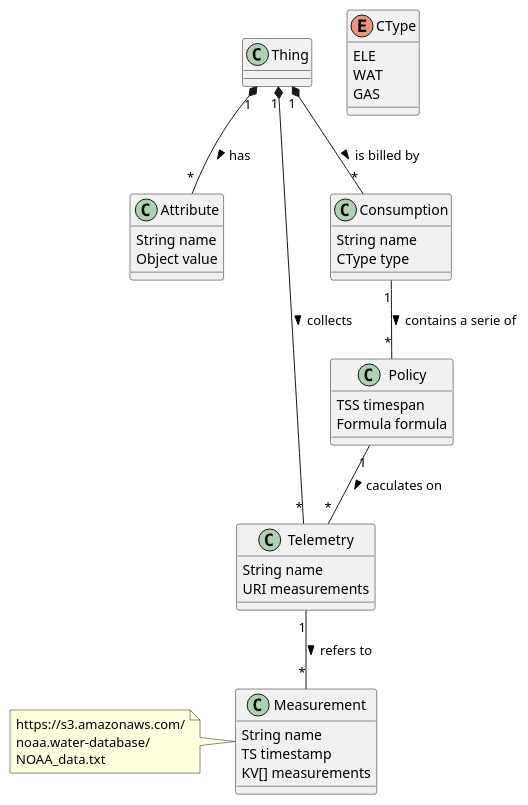
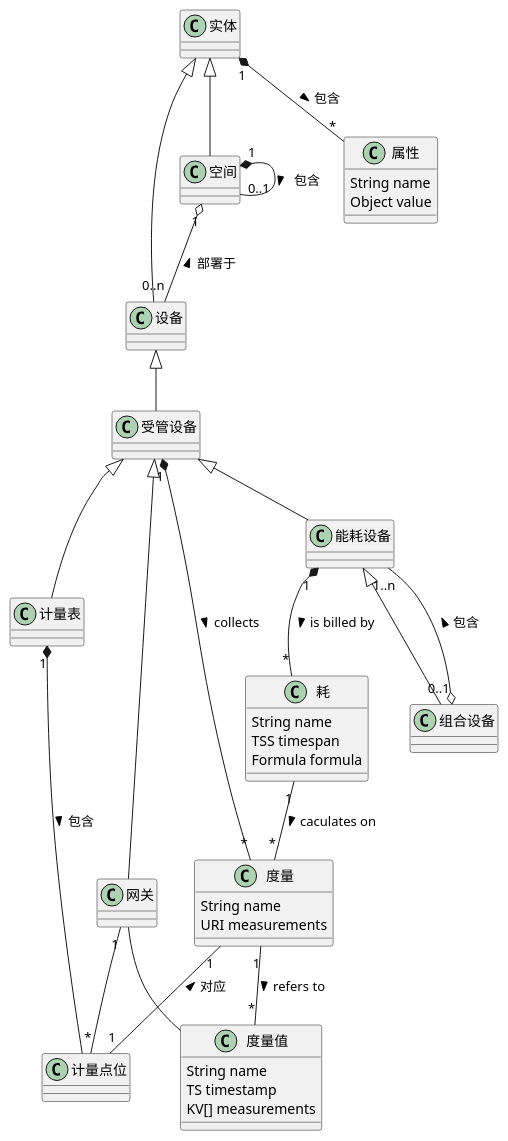
One commit to caochun/energymgr changed the diagram in model2.puml. Above: the diagram before and after it, drawn with PlantUML.

```diff
--- a/model2.puml
+++ b/model2.puml
@@ -1,52 +1,63 @@
 @startuml
 
-class Thing
+实体 <|-- 空间
+实体 <|-- 设备
 
-class Attribute{
+空间 "1" *-- "0..1" 空间 : > 包含
+空间 "1" o-- "0..n" 设备 : < 部署于
+
+
+设备 <|-- 受管设备
+
+受管设备 <|-- 计量表
+受管设备 <|-- 网关
+
+
+受管设备 <|-- 能耗设备
+能耗设备 <|-- 组合设备
+
+
+组合设备 "0..1" o-- "1..n" 能耗设备 : > 包含
+
+class 属性{
     String name
     Object value
 }
 
-class Telemetry{
+class 度量{
     String name
     URI measurements
 }
 
-class Consumption{
+class 耗{
     String name
-    CType type
-}
-
-class Policy{
     TSS timespan
     Formula formula
 }
 
-class Measurement{
+
+class 度量值{
     String name
     TS timestamp
     KV[] measurements
 }
 
-note left: https://s3.amazonaws.com/\nnoaa.water-database/\nNOAA_data.txt
+实体 "1" *-- "*" 属性 : > 包含
 
-enum CType{
-    ELE
-    WAT
-    GAS
-}
+计量表 "1" *-- 计量点位 : > 包含
 
+度量 "1" -- "1" 计量点位 : < 对应
 
-Thing "1" *-- "*" Attribute : > has
+受管设备 "1" *-- "*" 度量 : > collects
 
-Thing "1" *-- "*" Telemetry : > collects
+能耗设备 "1" *-- "*" 耗 : > is billed by
 
-Thing "1" *-- "*" Consumption : > is billed by
+度量 "1" -- "*" 度量值 : > refers to
 
-Telemetry "1" -- "*" Measurement : > refers to
+耗 "1" -- "*" 度量 : > caculates on
 
-Consumption "1" -- "*" Policy : > contains a serie of 
+网关 "1" -- "*" 计量点位
 
-Policy "1" -- "*" Telemetry : > caculates on
+网关 -- 度量值
 
 @enduml
```
